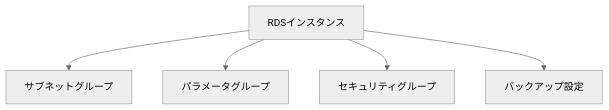
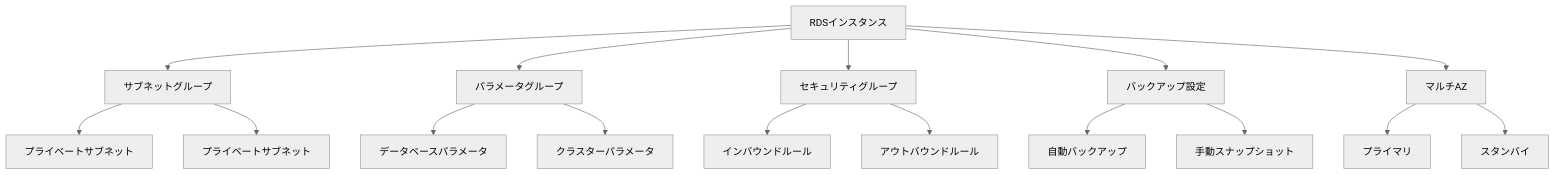
The third of 4 diagrams in aws/Chap2.md (ksquadjp/tutorial), drawn with Mermaid (neutral theme) before and after one commit. The commit also changed other lines of this file, not shown here.

````diff
--- a/aws/Chap2.md
+++ b/aws/Chap2.md
@@ -191,7 +334,23 @@
 ```mermaid
 graph TD
     A[RDSインスタンス] --> B[サブネットグループ]
     A --> C[パラメータグループ]
     A --> D[セキュリティグループ]
     A --> E[バックアップ設定]
+    A --> F[マルチAZ]
+    
+    B --> B1[プライベートサブネット]
+    B --> B2[プライベートサブネット]
+    
+    C --> C1[データベースパラメータ]
+    C --> C2[クラスターパラメータ]
+    
+    D --> D1[インバウンドルール]
+    D --> D2[アウトバウンドルール]
+    
+    E --> E1[自動バックアップ]
+    E --> E2[手動スナップショット]
+    
+    F --> F1[プライマリ]
+    F --> F2[スタンバイ]
 ```
````
